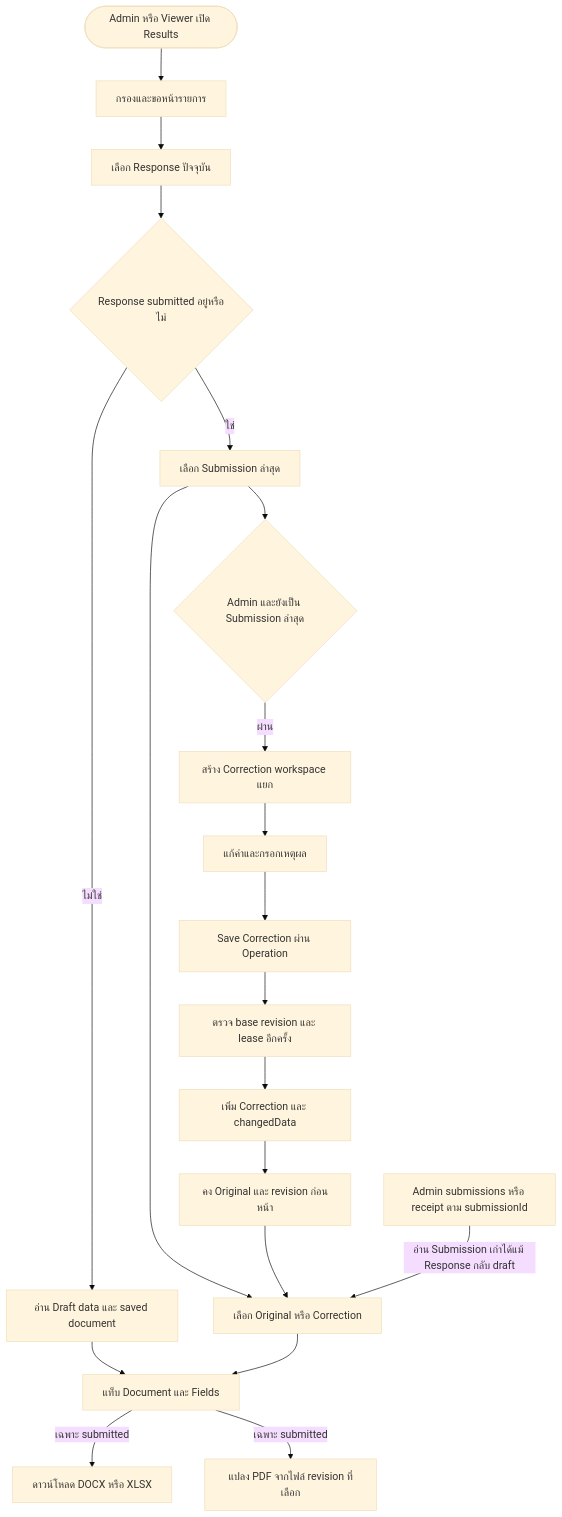
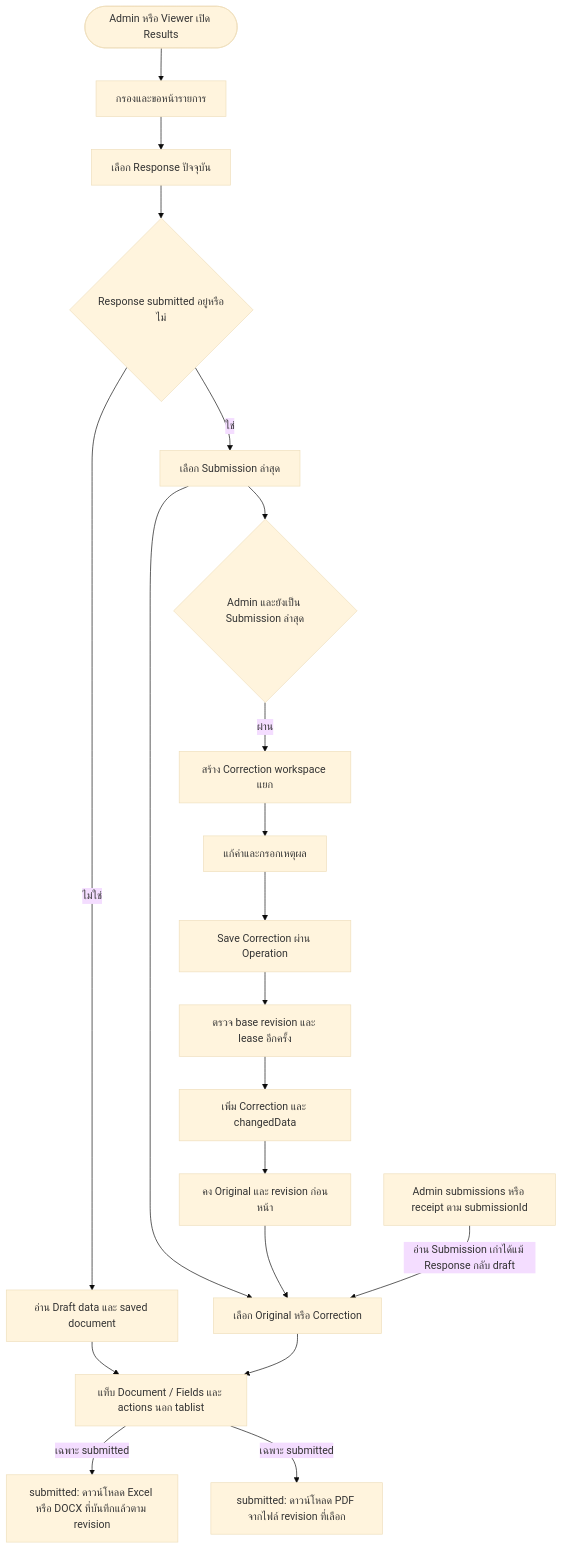
The ninth of 23 diagrams in .scratch/system-workflow/system-map.md (AquilaStudio2/folio-forms), drawn with Mermaid (base theme) before and after one commit. The commit also changed other lines of this file and 3 other files, not shown here.

Commit message:
feat: relocate submitted result download actions

````diff
--- a/.scratch/system-workflow/system-map.md
+++ b/.scratch/system-workflow/system-map.md
@@ -470,30 +470,30 @@
 ```mermaid
 flowchart TD
     search(["Admin หรือ Viewer เปิด Results"])
     filters["กรองและขอหน้ารายการ"]
     response["เลือก Response ปัจจุบัน"]
     state{"Response submitted อยู่หรือไม่"}
     draft["อ่าน Draft data และ saved document"]
     submission["เลือก Submission ล่าสุด"]
     revision["เลือก Original หรือ Correction"]
-    read["แท็บ Document และ Fields"]
-    doc["ดาวน์โหลด DOCX หรือ XLSX"]
-    pdf["แปลง PDF จากไฟล์ revision ที่เลือก"]
+    read["แท็บ Document / Fields และ actions นอก tablist"]
+    doc["submitted: ดาวน์โหลด Excel หรือ DOCX ที่บันทึกแล้วตาม revision"]
+    pdf["submitted: ดาวน์โหลด PDF จากไฟล์ revision ที่เลือก"]
     canCorrect{"Admin และยังเป็น Submission ล่าสุด"}
     workspace["สร้าง Correction workspace แยก"]
     edit["แก้ค่าและกรอกเหตุผล"]
     operation["Save Correction ผ่าน Operation"]
     compare["ตรวจ base revision และ lease อีกครั้ง"]
     append["เพิ่ม Correction และ changedData"]
     preserved["คง Original และ revision ก่อนหน้า"]
     past["Admin submissions หรือ receipt ตาม submissionId"]
     search --> filters --> response --> state
     state -->|"ไม่ใช่"| draft --> read
     state -->|"ใช่"| submission --> revision --> read
     read -->|"เฉพาะ submitted"| doc
     read -->|"เฉพาะ submitted"| pdf
     submission --> canCorrect
     canCorrect -->|"ผ่าน"| workspace --> edit --> operation --> compare --> append
     append --> preserved --> revision
     past -->|"อ่าน Submission เก่าได้แม้ Response กลับ draft"| revision
 ```
````
